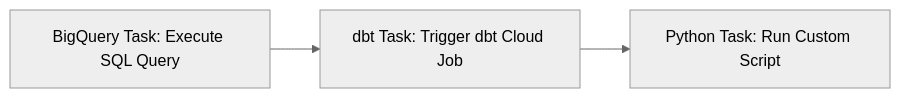
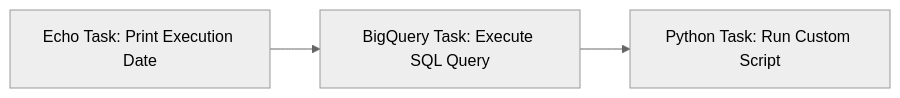
Before and after one commit to caron14/hands_on_airflow_on_cloud_composer: the diagram in README.md, drawn with Mermaid (neutral theme). The commit also changed other lines of this file, not shown here.

Commit message:
Refactor README to remove dbt references and clarify workflow steps for Airflow and Python integration

````diff
--- a/README.md
+++ b/README.md
@@ -51,5 +50,5 @@
 ```mermaid
 graph LR;
-    BigQuery[BigQuery Task: Execute SQL Query] --> dbt[dbt Task: Trigger dbt Cloud Job];
-    dbt --> Python[Python Task: Run Custom Script];
+    Bash[Echo Task: Print Execution Date] --> BigQuery[BigQuery Task: Execute SQL Query];
+    BigQuery --> Python[Python Task: Run Custom Script];
 ```
````
